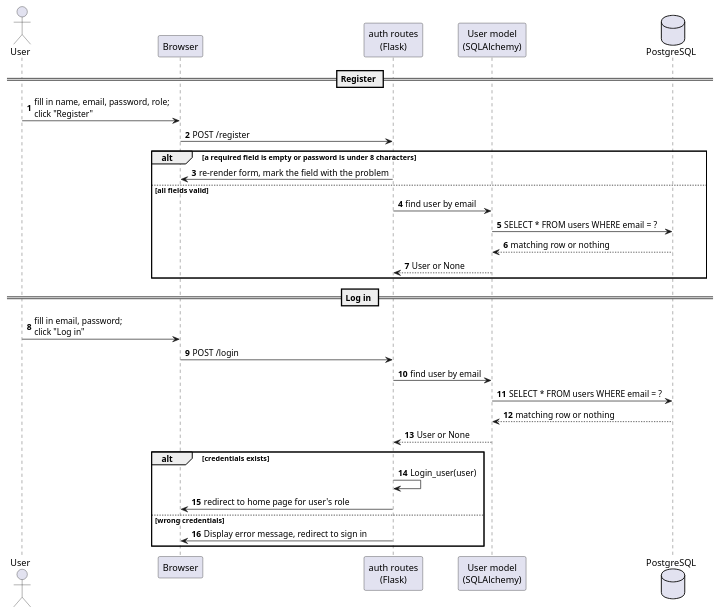
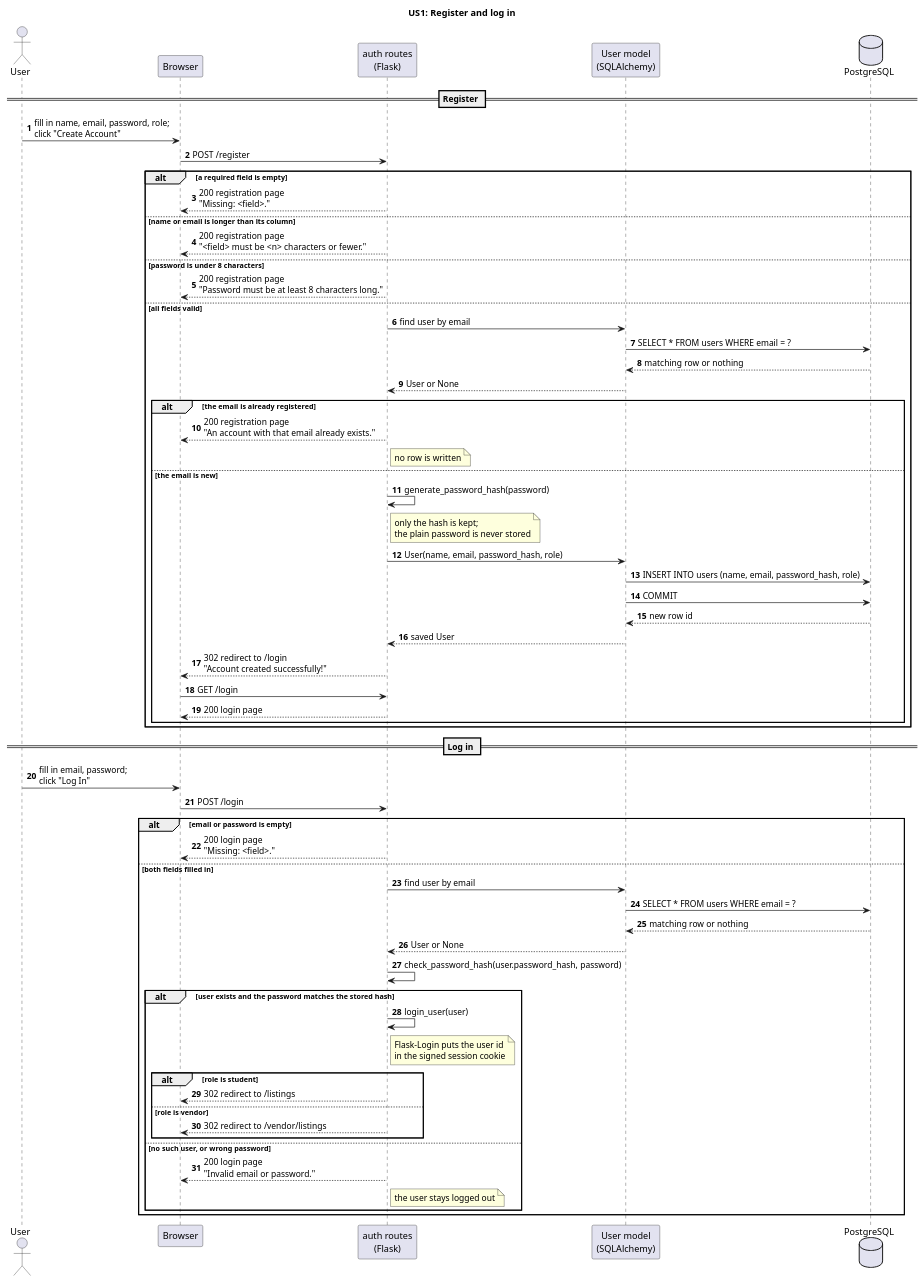
The diagram in uml/sequence-US1.wsd (Riconashty/campuseats), drawn with PlantUML before and after one commit. The commit also changed 2 other files, not shown here.

Commit message:
docs(uml): complete the US1 sequence, add US4, align the class diagram
- sequence-US1: registration now continues past the email lookup (duplicate
  email, password hashing, INSERT, COMMIT, redirect to login), and login
  shows the password-hash check and both role redirects.
- sequence-US4: new. Browser to route to models to PostgreSQL for a
  reservation, with the row lock and every rejection path.
- class: attribute names match the models (created_at, total_portions,
  remaining_portions, status), User.id and the Rating class are added,
  multiplicities allow zero, and a note states that Student and Vendor are
  the two values of User.role in the single users table.

Claude-Session: https://claude.ai/code/session_014mgb6UtdXfuLVQBVCdg4nf

```diff
--- a/uml/sequence-US1.wsd
+++ b/uml/sequence-US1.wsd
@@ -1,41 +1,75 @@
 @startuml US1
+
+title US1: Register and log in
 
 autonumber
 
 actor User
 participant Browser
 participant "auth routes\n(Flask)" as Route
 participant "User model\n(SQLAlchemy)" as Model
 database PostgreSQL as DB
 
 == Register ==
 
-User -> Browser : fill in name, email, password, role;\nclick "Register"
+User -> Browser : fill in name, email, password, role;\nclick "Create Account"
 Browser -> Route : POST /register
 
-alt a required field is empty or password is under 8 characters
-    Route -> Browser : re-render form, mark the field with the problem
+alt a required field is empty
+    Route --> Browser : 200 registration page\n"Missing: <field>."
+else name or email is longer than its column
+    Route --> Browser : 200 registration page\n"<field> must be <n> characters or fewer."
+else password is under 8 characters
+    Route --> Browser : 200 registration page\n"Password must be at least 8 characters long."
 else all fields valid
     Route -> Model : find user by email
     Model -> DB : SELECT * FROM users WHERE email = ?
     DB --> Model : matching row or nothing
     Model --> Route : User or None
+
+    alt the email is already registered
+        Route --> Browser : 200 registration page\n"An account with that email already exists."
+        note right of Route : no row is written
+    else the email is new
+        Route -> Route : generate_password_hash(password)
+        note right of Route : only the hash is kept;\nthe plain password is never stored
+        Route -> Model : User(name, email, password_hash, role)
+        Model -> DB : INSERT INTO users (name, email, password_hash, role)
+        Model -> DB : COMMIT
+        DB --> Model : new row id
+        Model --> Route : saved User
+        Route --> Browser : 302 redirect to /login\n"Account created successfully!"
+        Browser -> Route : GET /login
+        Route --> Browser : 200 login page
+    end
 end
 
 == Log in ==
-User -> Browser : fill in email, password;\nclick "Log in"
+
+User -> Browser : fill in email, password;\nclick "Log In"
 Browser -> Route : POST /login
-Route -> Model : find user by email
-Model -> DB : SELECT * FROM users WHERE email = ?
-DB --> Model : matching row or nothing
-Model --> Route : User or None
 
-alt credentials exists
-    Route -> Route : Login_user(user)
-    Route -> Browser : redirect to home page for user's role
-else wrong credentials
-    Route -> Browser : Display error message, redirect to sign in
+alt email or password is empty
+    Route --> Browser : 200 login page\n"Missing: <field>."
+else both fields filled in
+    Route -> Model : find user by email
+    Model -> DB : SELECT * FROM users WHERE email = ?
+    DB --> Model : matching row or nothing
+    Model --> Route : User or None
+    Route -> Route : check_password_hash(user.password_hash, password)
+
+    alt user exists and the password matches the stored hash
+        Route -> Route : login_user(user)
+        note right of Route : Flask-Login puts the user id\nin the signed session cookie
+        alt role is student
+            Route --> Browser : 302 redirect to /listings
+        else role is vendor
+            Route --> Browser : 302 redirect to /vendor/listings
+        end
+    else no such user, or wrong password
+        Route --> Browser : 200 login page\n"Invalid email or password."
+        note right of Route : the user stays logged out
+    end
 end
 
-
 @enduml
```
